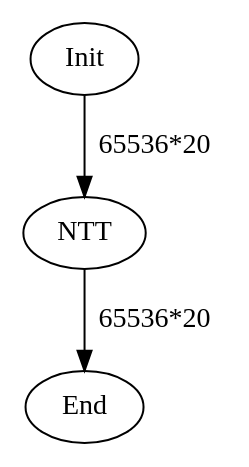
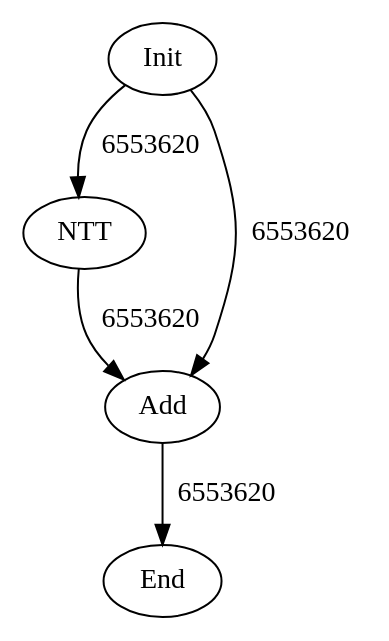
One commit to hal-lab-u-tokyo/PolyFHE changed the diagram in data/graph_poly.dot. Above: the diagram before and after it, drawn with Graphviz. The commit also changed 4 other files, not shown here.

```diff
--- a/data/graph_poly.dot
+++ b/data/graph_poly.dot
@@ -1,7 +1,10 @@
 digraph G {
 Init[label="Init"];
 NTT0[label="NTT"];
+Add0[label="Add"];
 End[label="End"];
-Init->NTT0[label="65536*20"];
-NTT0->End[label="65536*20"];
+Init->NTT0[label="6553620"];
+Init->Add0[label="6553620"];
+NTT0->Add0[label="6553620"];
+Add0->End[label="6553620"];
 }
```
